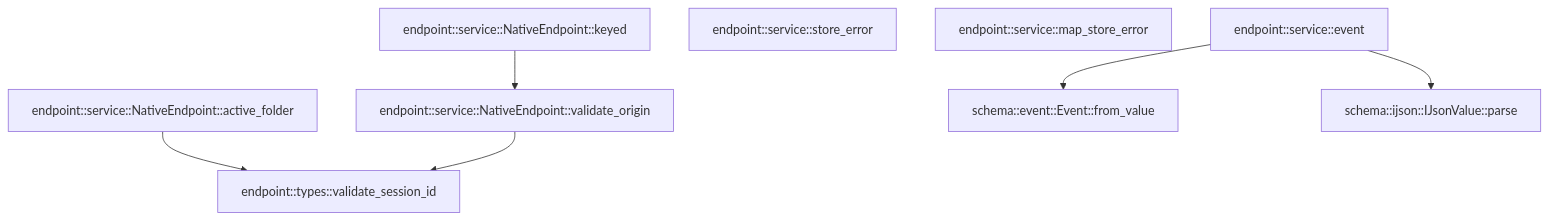
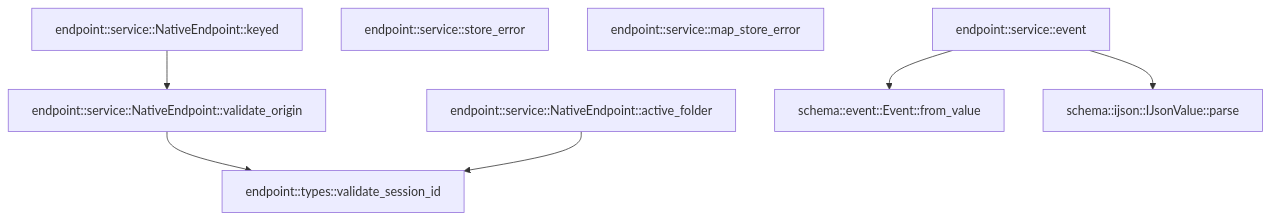
One commit to TekesApps/TekesKernel changed the third of 3 diagrams in crates/endpoint/docs/generated/src--service.md. Above: the diagram before and after it, drawn with Mermaid. The commit also changed other lines of this file and 87 other files, not shown here.

Commit message:
fix(schema,profile,provider,worker,supervisor,endpoint,docs): preserve supervisor_lost, mark admitted steer consumed, align v4 client contract, and gate automatic title (#168, #148, #147, #160, #161)

````diff
--- a/crates/endpoint/docs/generated/src--service.md
+++ b/crates/endpoint/docs/generated/src--service.md
@@ -263,17 +263,17 @@
 ```mermaid
 flowchart TD
-  n0["endpoint::service::NativeEndpoint::active_folder"]
-  n1["endpoint::service::event"]
-  n2["endpoint::service::store_error"]
-  n3["endpoint::service::map_store_error"]
-  n4["endpoint::service::NativeEndpoint::keyed"]
-  n5["endpoint::service::NativeEndpoint::validate_origin"]
+  n0["endpoint::service::NativeEndpoint::validate_origin"]
+  n1["endpoint::service::NativeEndpoint::active_folder"]
+  n2["endpoint::service::event"]
+  n3["endpoint::service::store_error"]
+  n4["endpoint::service::map_store_error"]
+  n5["endpoint::service::NativeEndpoint::keyed"]
   n6["endpoint::types::validate_session_id"]
   n7["schema::event::Event::from_value"]
   n8["schema::ijson::IJsonValue::parse"]
   n0 --> n6
-  n1 --> n7
-  n1 --> n8
-  n4 --> n5
-  n5 --> n6
+  n1 --> n6
+  n2 --> n7
+  n2 --> n8
+  n5 --> n0
 ```
````
